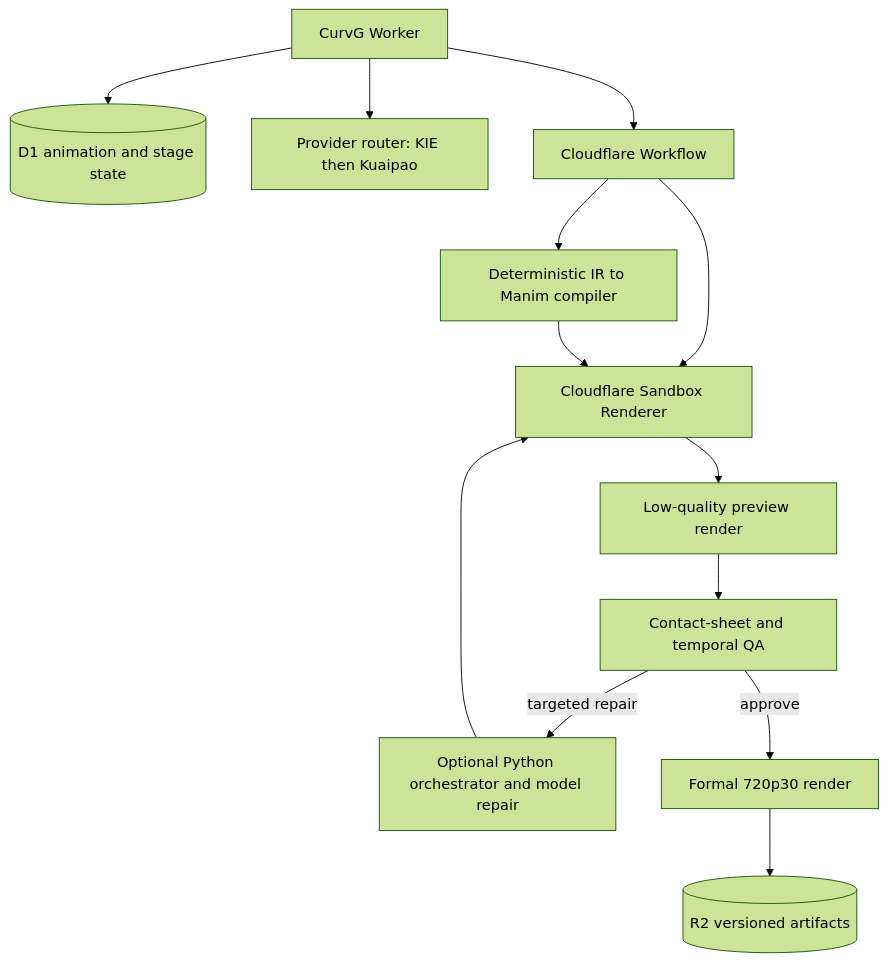
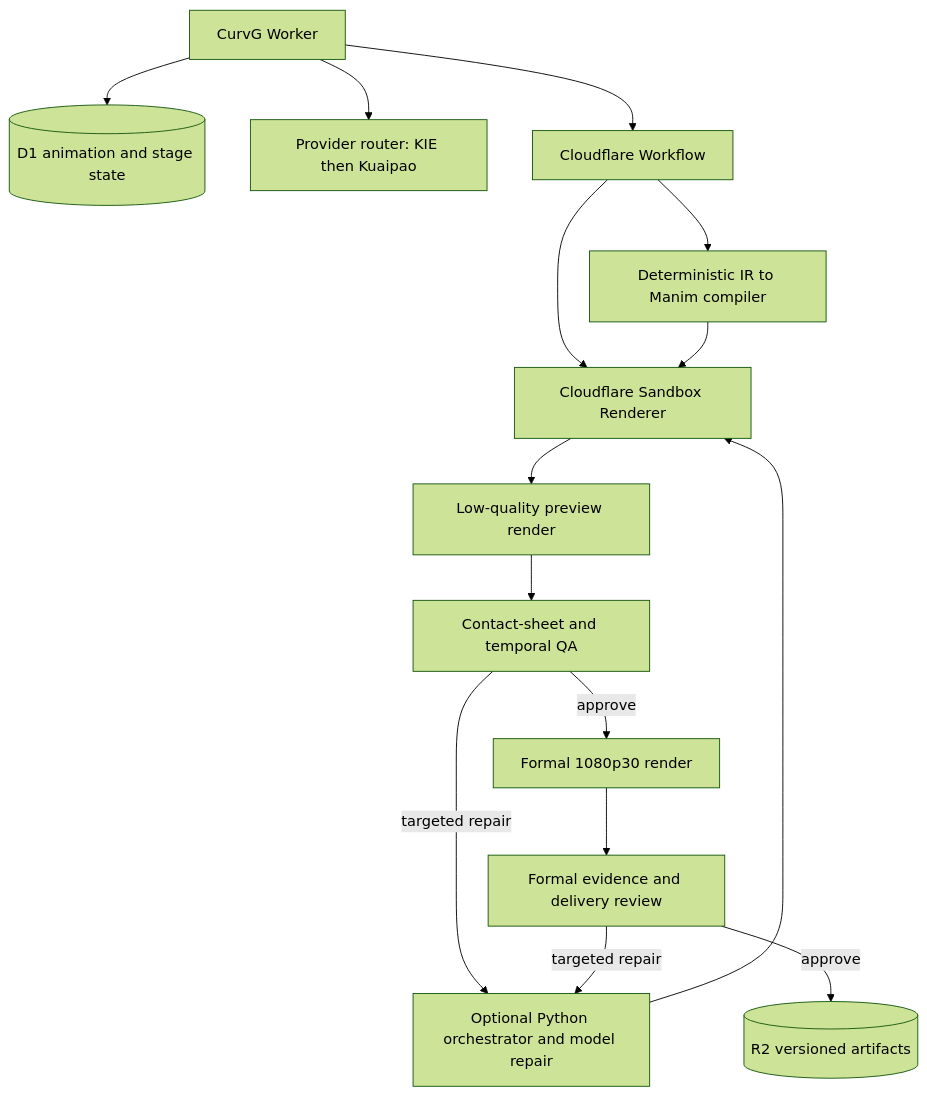
Before and after one commit to geektao1024/CurvG: the diagram in docs/ANIMATION_ORCHESTRATION.md, drawn with Mermaid (forest theme). The commit also changed other lines of this file and 246 other files, not shown here.

````diff
--- a/docs/ANIMATION_ORCHESTRATION.md
+++ b/docs/ANIMATION_ORCHESTRATION.md
@@ -5,15 +5,17 @@
 ```mermaid
 flowchart TD
   A[CurvG Worker] --> B[(D1 animation and stage state)]
   A --> C[Provider router: KIE then Kuaipao]
   A --> D[Cloudflare Workflow]
   D --> E[Deterministic IR to Manim compiler]
   D --> I[Cloudflare Sandbox Renderer]
   E --> I
   I --> J[Low-quality preview render]
   J --> K[Contact-sheet and temporal QA]
   K -->|targeted repair| N[Optional Python orchestrator and model repair]
   N --> I
-  K -->|approve| L[Formal 720p30 render]
-  L --> M[(R2 versioned artifacts)]
+  K -->|approve| L[Formal 1080p30 render]
+  L --> O[Formal evidence and delivery review]
+  O -->|targeted repair| N
+  O -->|approve| M[(R2 versioned artifacts)]
 ```
````
